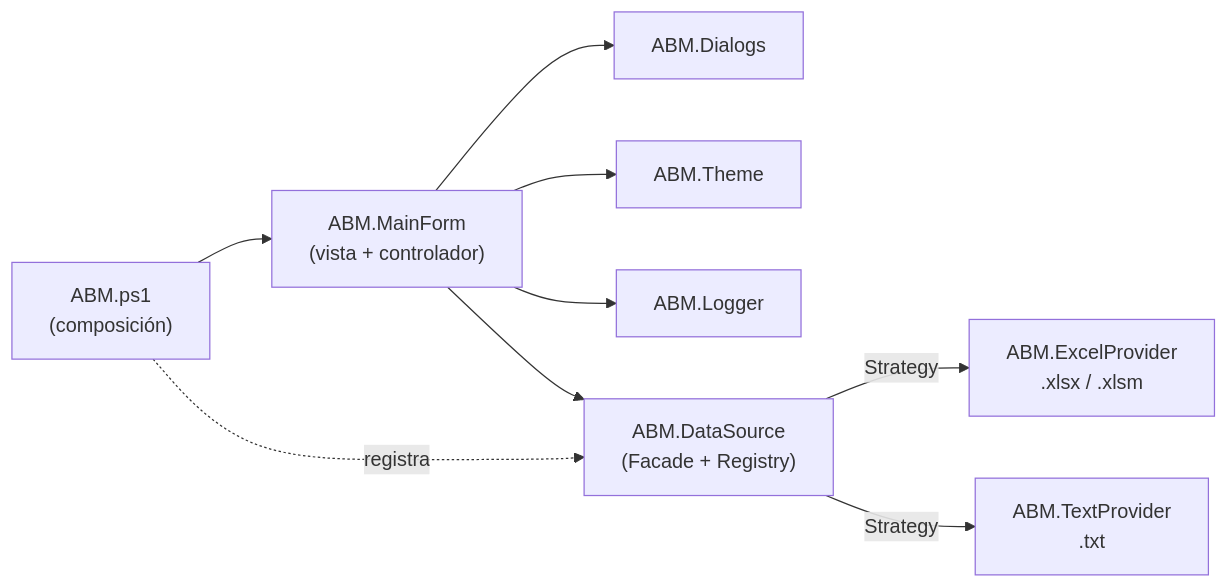
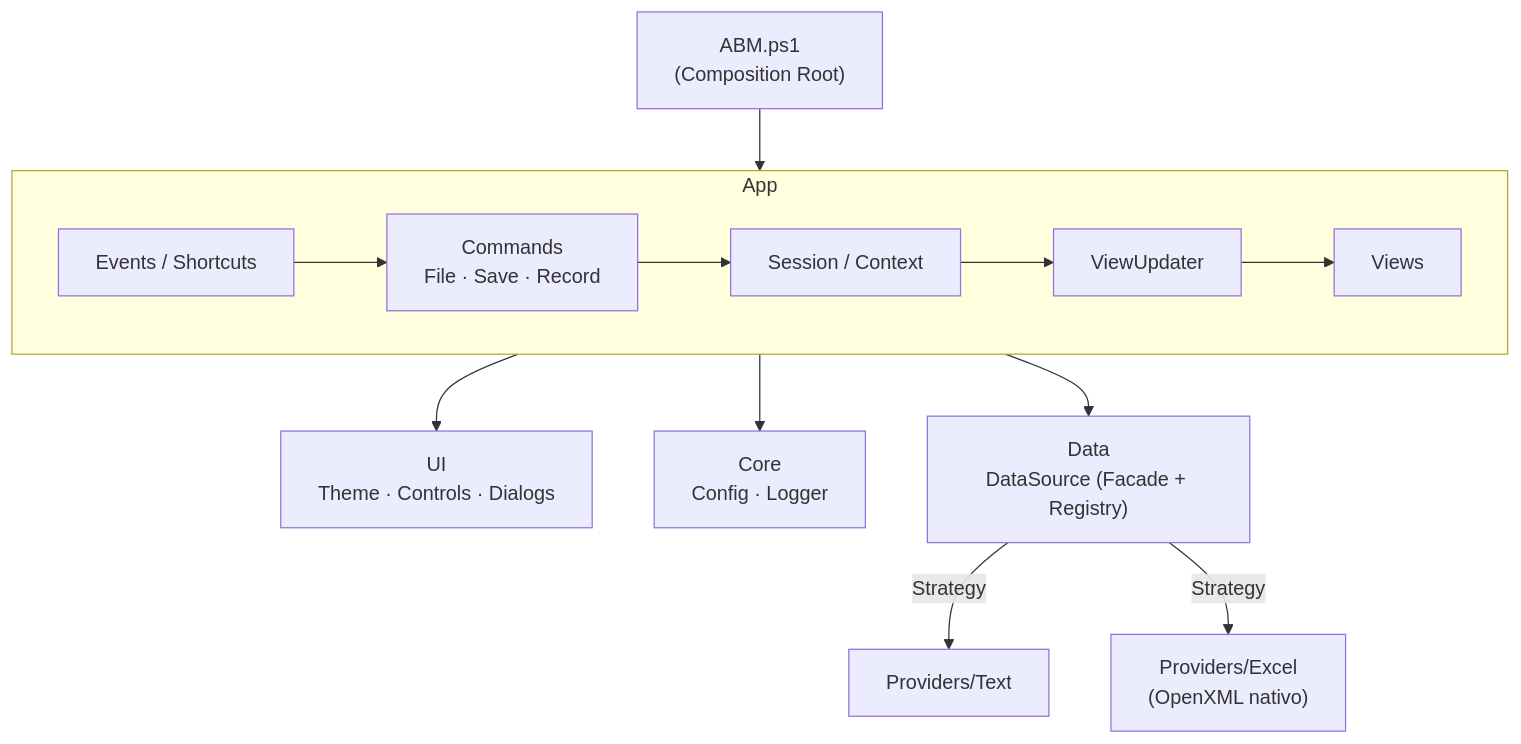
One commit to Brunitoa10/lector_excel changed the diagram in README.md. Above: the diagram before and after it, drawn with Mermaid. The commit also changed other lines of this file and 47 other files, not shown here.

````diff
--- a/README.md
+++ b/README.md
@@ -142,11 +177,16 @@
 ```mermaid
-flowchart LR
-    UI["ABM.MainForm<br/>(vista + controlador)"] --> DLG["ABM.Dialogs"]
-    UI --> THEME["ABM.Theme"]
-    UI --> LOG["ABM.Logger"]
-    UI --> DS["ABM.DataSource<br/>(Facade + Registry)"]
-    DS -->|Strategy| XL["ABM.ExcelProvider<br/>.xlsx / .xlsm"]
-    DS -->|Strategy| TXT["ABM.TextProvider<br/>.txt"]
-    ENTRY["ABM.ps1<br/>(composición)"] -.registra.-> DS
-    ENTRY --> UI
+flowchart TB
+    ENTRY["ABM.ps1<br/>(Composition Root)"] --> APP
+    subgraph APP["App"]
+        direction LR
+        EV["Events / Shortcuts"] --> CMD["Commands<br/>File · Save · Record"]
+        CMD --> SES["Session / Context"]
+        SES --> VU["ViewUpdater"]
+        VU --> VIEWS["Views"]
+    end
+    APP --> UI["UI<br/>Theme · Controls · Dialogs"]
+    CMD --> CORE["Core<br/>Config · Logger"]
+    CMD --> DS["Data<br/>DataSource (Facade + Registry)"]
+    DS -->|Strategy| TXT["Providers/Text"]
+    DS -->|Strategy| XL["Providers/Excel<br/>(OpenXML nativo)"]
 ```
````
